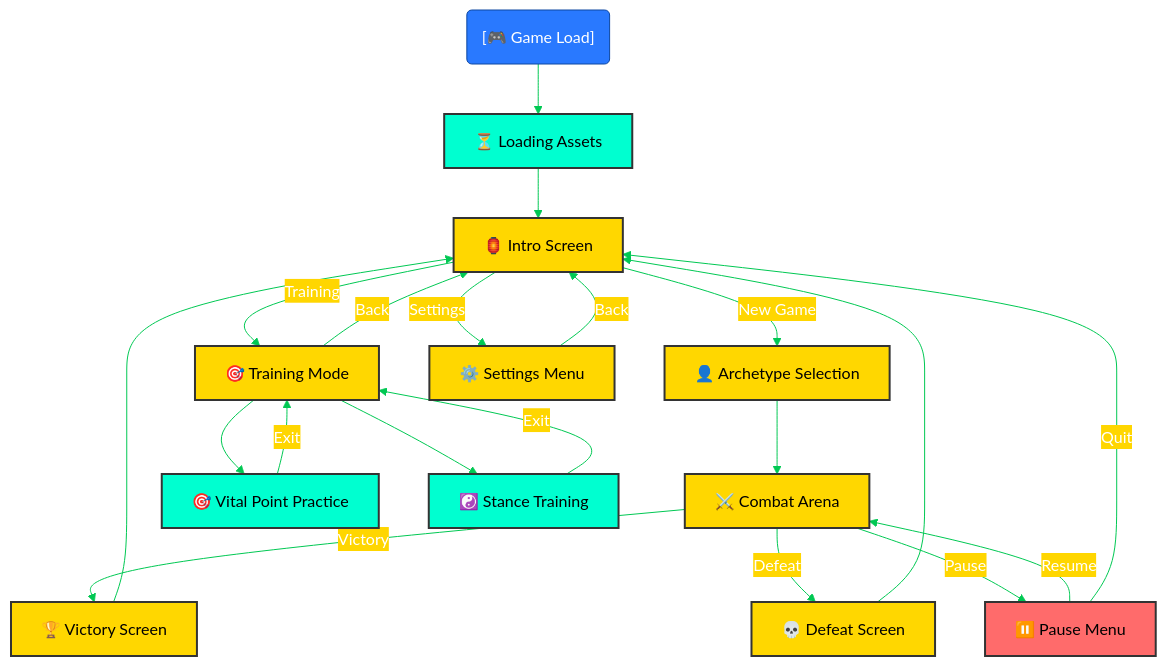
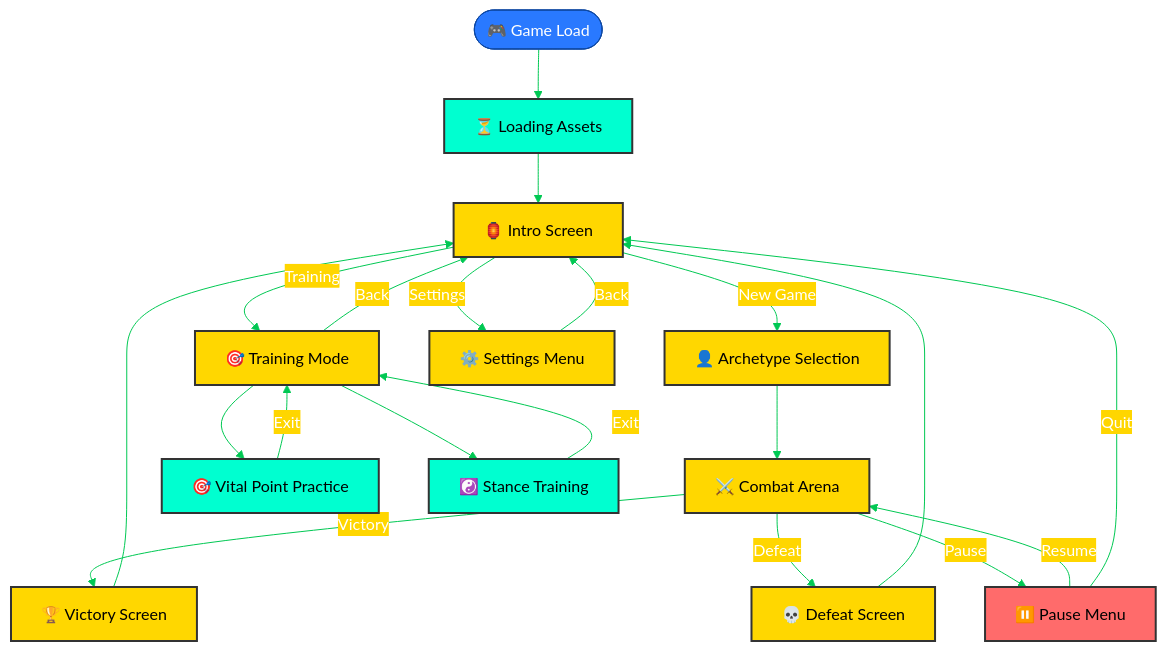
One commit to Hack23/blacktrigram changed diagram 14 of 22 in ARCHITECTURE.md. Above: the diagram before and after it, drawn with Mermaid. The commit also changed 3 other files, not shown here.

First line of the commit message:
fix: address PR review comments - pin deps, fix mermaid extractor, fix stadium nodes

````diff
--- a/ARCHITECTURE.md
+++ b/ARCHITECTURE.md
@@ -1908,37 +1908,37 @@
 ```mermaid
 %%{init: {'theme':'base', 'themeVariables': {'primaryColor':'#2979FF','primaryTextColor':'#fff','primaryBorderColor':'#0D47A1','lineColor':'#00C853','secondaryColor':'#FFD600','tertiaryColor':'#FF3D00'}}}%%
 flowchart TD
-    Start("[🎮 Game Load]") --> Loading["⏳ Loading Assets"]
+    Start(["🎮 Game Load"]) --> Loading["⏳ Loading Assets"]
     Loading --> Intro["🏮 Intro Screen"]
 
     Intro --> |New Game| CharSelect["👤 Archetype Selection"]
     Intro --> |Training| Training["🎯 Training Mode"]
     Intro --> |Settings| Settings["⚙️ Settings Menu"]
 
     CharSelect --> Combat["⚔️ Combat Arena"]
     Training --> VitalPractice["🎯 Vital Point Practice"]
     Training --> StancePractice["☯️ Stance Training"]
 
     Combat --> |Victory| Victory["🏆 Victory Screen"]
     Combat --> |Defeat| Defeat["💀 Defeat Screen"]
     Combat --> |Pause| PauseMenu["⏸️ Pause Menu"]
 
     Victory --> Intro
     Defeat --> Intro
     PauseMenu --> |Resume| Combat
     PauseMenu --> |Quit| Intro
 
     VitalPractice --> |Exit| Training
     StancePractice --> |Exit| Training
     Training --> |Back| Intro
     Settings --> |Back| Intro
 
     %% Styling
     classDef screenNode fill:#FFD700,stroke:#333,stroke-width:2px,color:#000
     classDef actionNode fill:#00FFD0,stroke:#333,stroke-width:2px,color:#000
     classDef menuNode fill:#FF6B6B,stroke:#333,stroke-width:2px,color:#000
 
     class Intro,CharSelect,Combat,Victory,Defeat,Training,Settings screenNode
     class Loading,VitalPractice,StancePractice actionNode
     class PauseMenu menuNode
 ```
````
